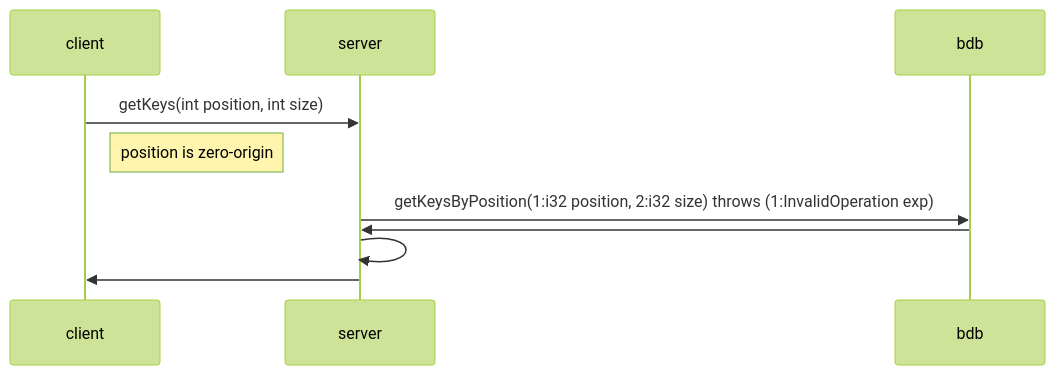
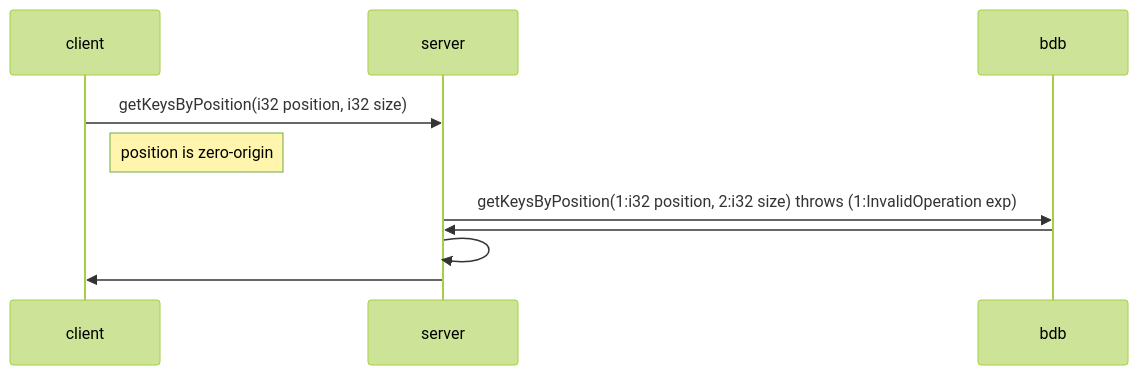
The diagram in THBDB/THBDB Client.md (kozkoz211/StackEdit), drawn with Mermaid (forest theme) before and after one commit. The commit also changed other lines of this file, not shown here.

Commit message:
THBDB/THBDB Client.md updated from https://stackedit.io/

````diff
--- a/THBDB/THBDB Client.md
+++ b/THBDB/THBDB Client.md
@@ -11,16 +11,16 @@
 ```mermaid
 sequenceDiagram
-client ->> server: getKeys(int position, int size)
+client ->> server: getKeysByPosition(i32 position, i32 size)
 
 Note right of client: position is zero-origin
 
 server ->> bdb: getKeysByPosition(1:i32 position, 2:i32  size) throws (1:InvalidOperation exp)
 
 
 bdb ->> server: 
 server ->> server: 
 server ->> client: 
 
 
 
 ```
````
